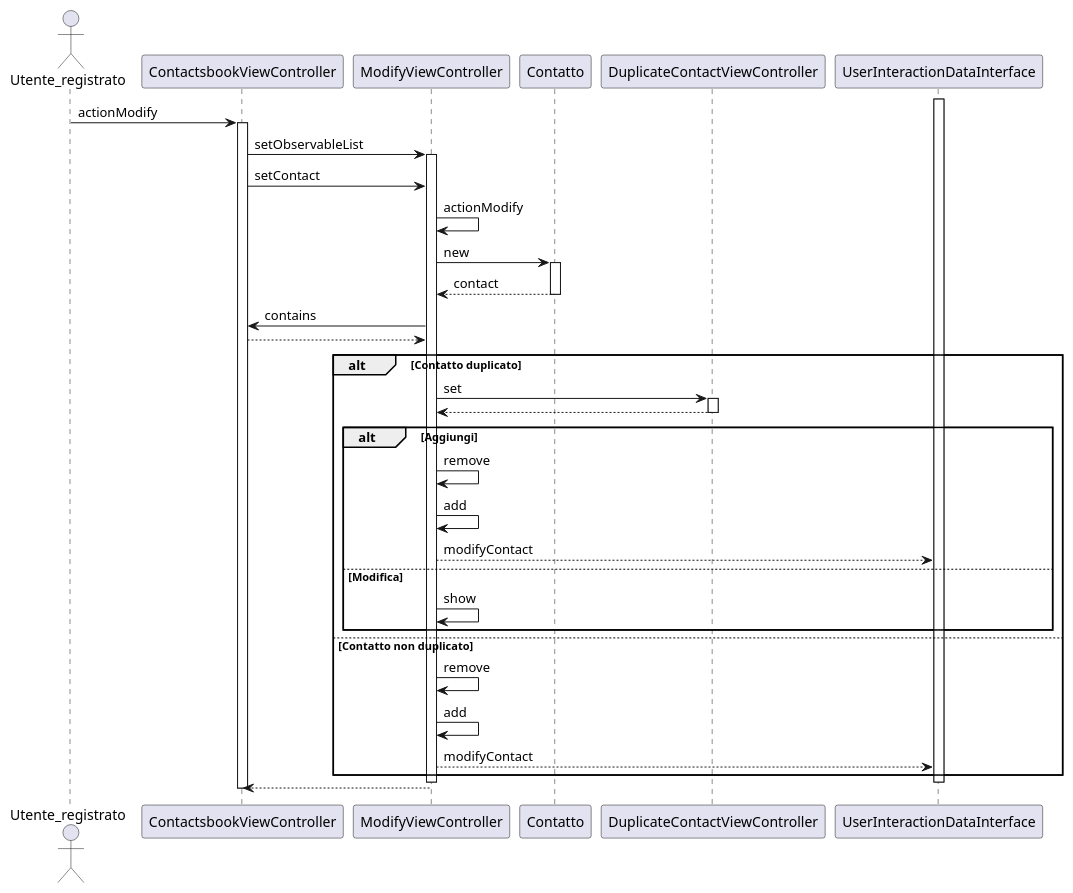
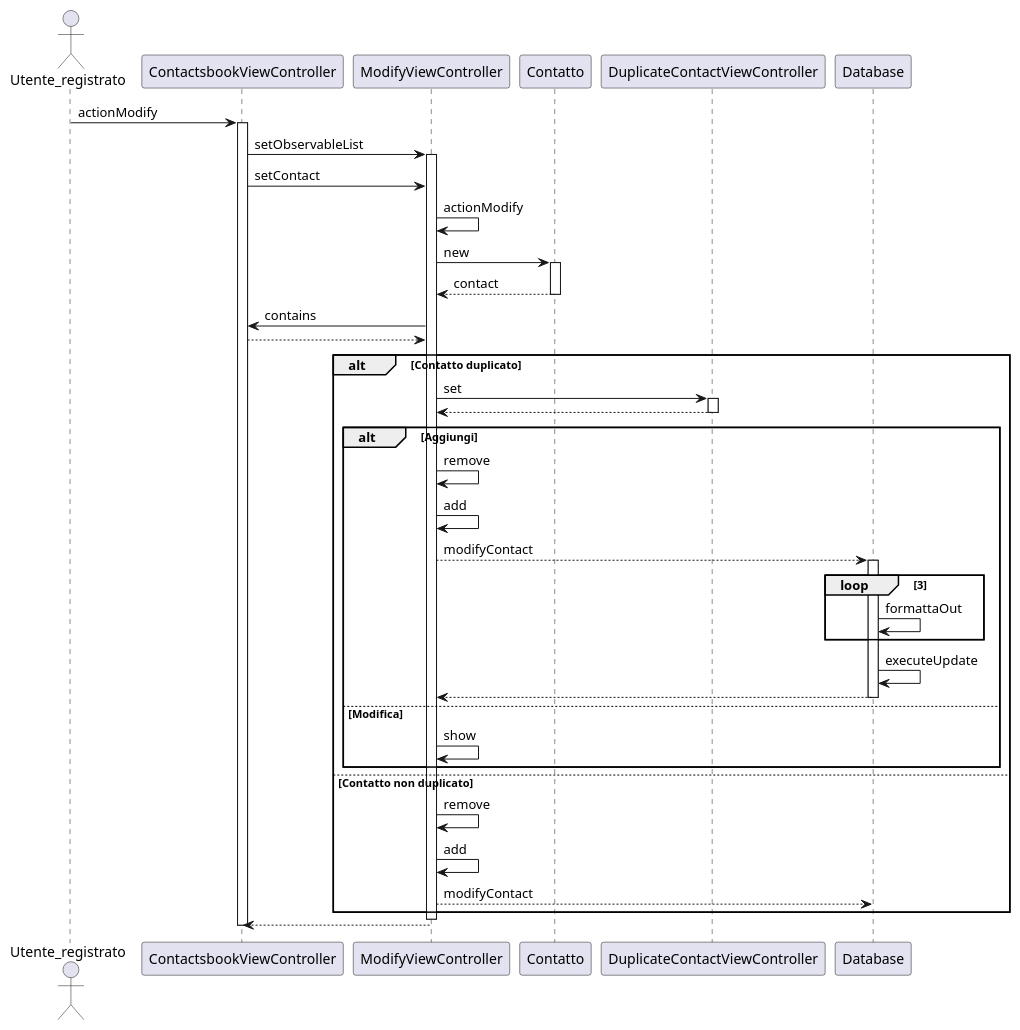
One commit to CupoMeridio/Ingegneria-del-software-2024-2025 changed the diagram in src/main/resources/SequenceDiagrams/SequenceDiagram_actionModify.puml. Above: the diagram before and after it, drawn with PlantUML. The commit also changed 3 other files, not shown here.

Commit message:
Diagramm actionAdd e actionModify uniti all'interazione col database

```diff
--- a/src/main/resources/SequenceDiagrams/SequenceDiagram_actionModify.puml
+++ b/src/main/resources/SequenceDiagrams/SequenceDiagram_actionModify.puml
@@ -1,44 +1,51 @@
 @startuml
 actor Utente_registrato
 participant ContactsbookViewController
 participant ModifyViewController
 participant "Contatto" as Contact
 participant DuplicateContactViewController
-participant UserInteractionDataInterface
+participant Database
 
 
 Utente_registrato -> ContactsbookViewController: actionModify
 activate ContactsbookViewController
 ContactsbookViewController->ModifyViewController: setObservableList
 activate ModifyViewController
 ContactsbookViewController->ModifyViewController: setContact
 ModifyViewController -> ModifyViewController: actionModify
 ModifyViewController->Contact: new
 activate Contact
 Contact-->ModifyViewController: contact
 deactivate Contact
 ModifyViewController->ContactsbookViewController: contains
 ContactsbookViewController-->ModifyViewController
 alt Contatto duplicato
     ModifyViewController -> DuplicateContactViewController: set
     activate DuplicateContactViewController
     DuplicateContactViewController-->ModifyViewController
     deactivate DuplicateContactViewController 
         alt Aggiungi
             ModifyViewController->ModifyViewController:remove
             ModifyViewController->ModifyViewController:add
-            ModifyViewController-->UserInteractionDataInterface: modifyContact
+            ModifyViewController-->Database: modifyContact
+            activate Database
+            loop 3
+             Database -> Database: formattaOut
+            end 
+            Database -> Database: executeUpdate
+            Database --> ModifyViewController
+            deactivate Database
         else Modifica
             ModifyViewController->ModifyViewController:show
         end
 else Contatto non duplicato
 ModifyViewController->ModifyViewController: remove
 ModifyViewController->ModifyViewController: add
-ModifyViewController-->UserInteractionDataInterface: modifyContact
+ModifyViewController-->Database: modifyContact
 end
-activate UserInteractionDataInterface
+activate Database
 deactivate ModifyViewController
-deactivate UserInteractionDataInterface
+deactivate Database
 ModifyViewController-->ContactsbookViewController
 deactivate ContactsbookViewController
 @enduml 
```
